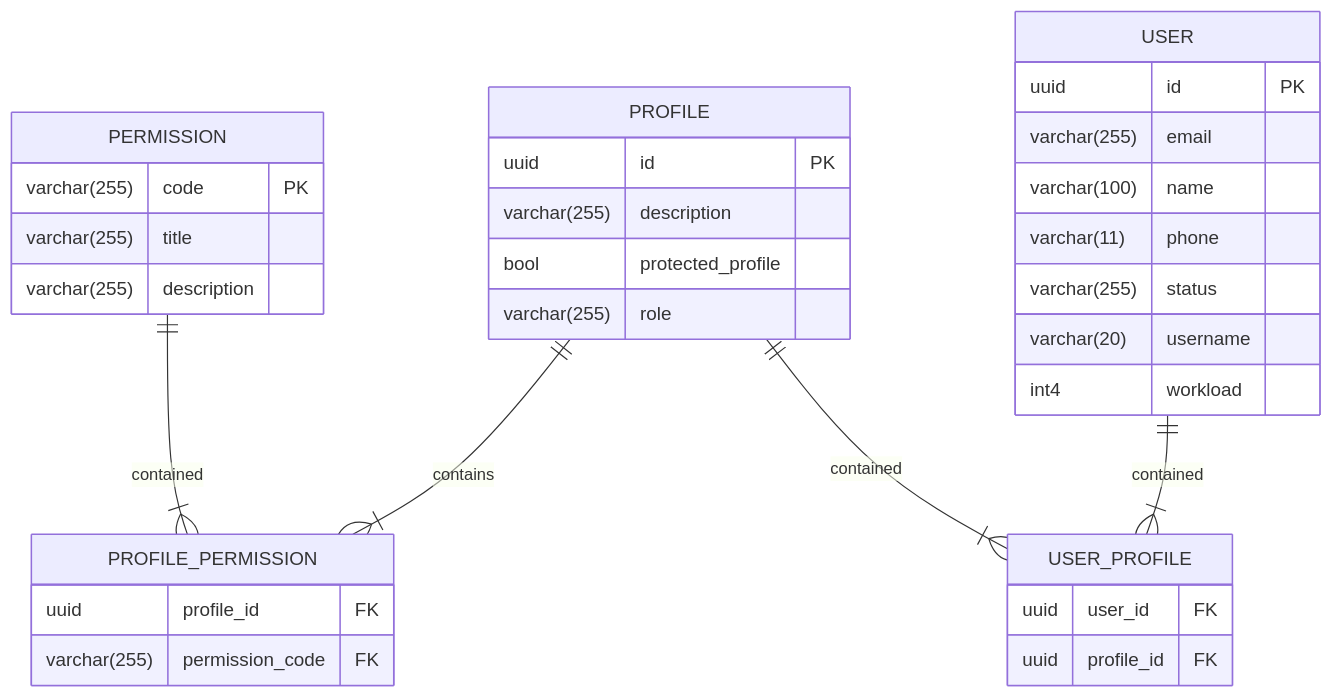
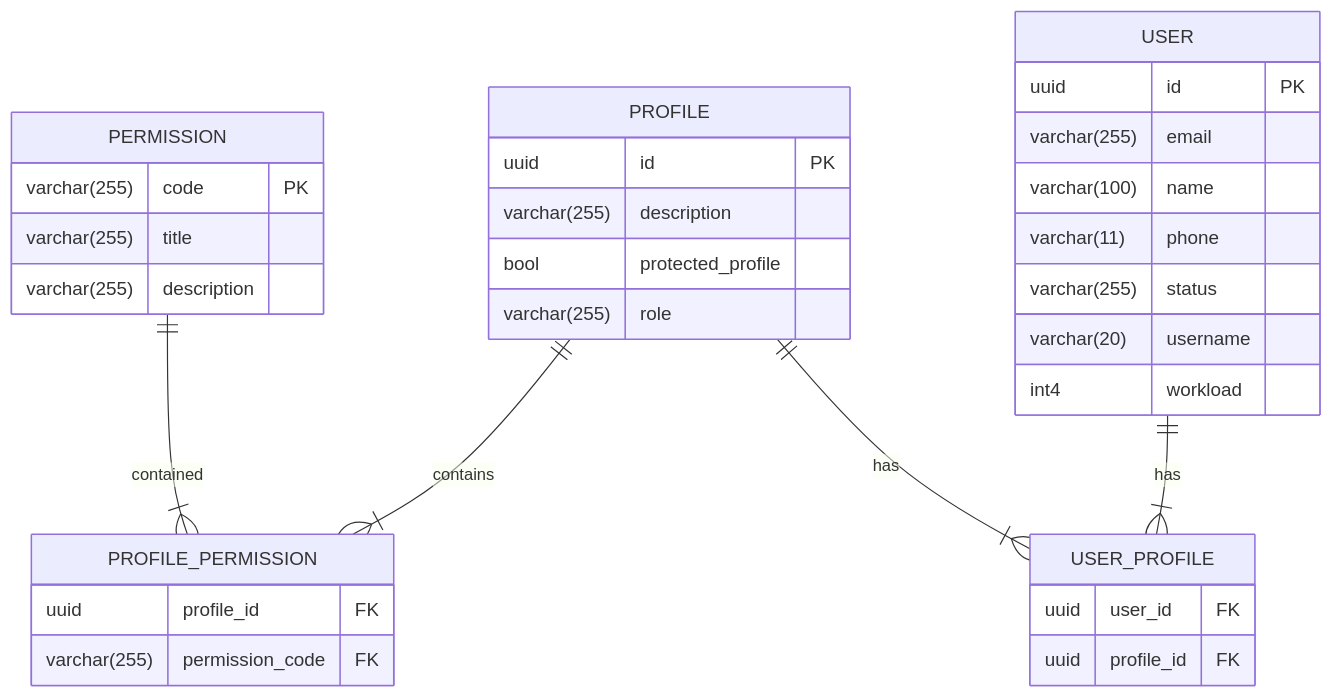
The second of 2 diagrams in README.md (Hafyki/SOCC-fullstack), drawn with Mermaid before and after one commit. The commit also changed other lines of this file, not shown here.

Commit message:
Updated ER diagram

````diff
--- a/README.md
+++ b/README.md
@@ -74,40 +74,40 @@
 ```mermaid
 erDiagram
     PERMISSION {
         varchar(255) code PK
         varchar(255) title
         varchar(255) description
     }
 
     PROFILE_PERMISSION {
         uuid profile_id FK
         varchar(255) permission_code FK
     }
 
     PROFILE {
         uuid id PK
         varchar(255) description
         bool protected_profile
         varchar(255) role
     }
 
     USER_PROFILE {
         uuid user_id FK
         uuid profile_id FK
     }
 
     USER {
         uuid id PK
         varchar(255) email
         varchar(100) name
         varchar(11) phone
         varchar(255) status
         varchar(20) username
         int4 workload
     }
 
     PERMISSION ||--|{ PROFILE_PERMISSION : contained
     PROFILE ||--|{ PROFILE_PERMISSION : contains
-    PROFILE ||--|{ USER_PROFILE : contained
-    USER ||--|{ USER_PROFILE : contained
+    PROFILE ||--|{ USER_PROFILE : has
+    USER ||--|{ USER_PROFILE : has
 ```
````
